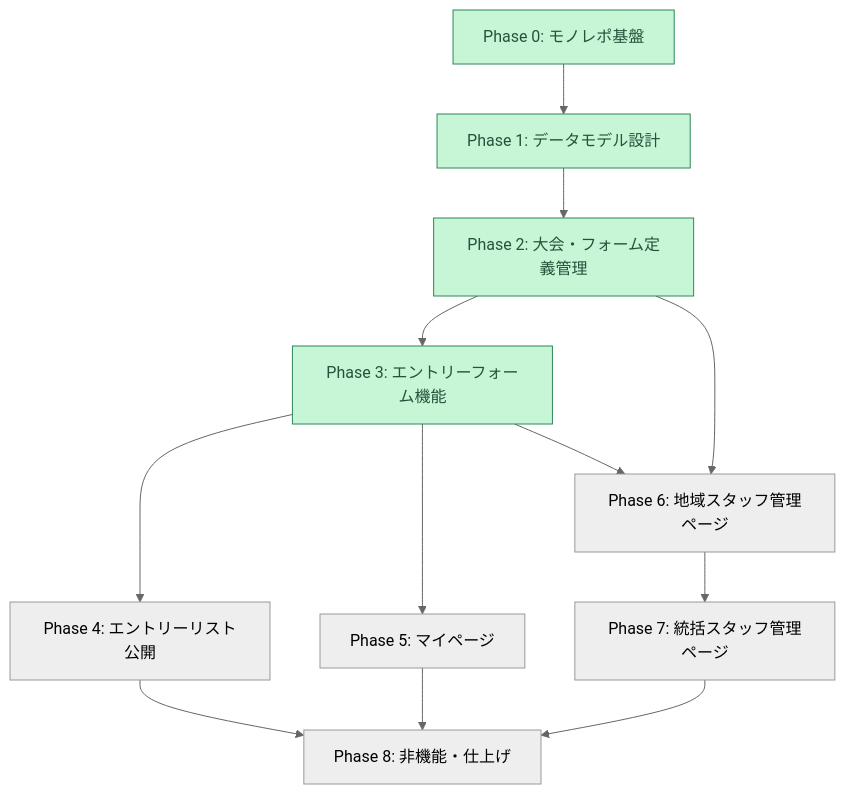
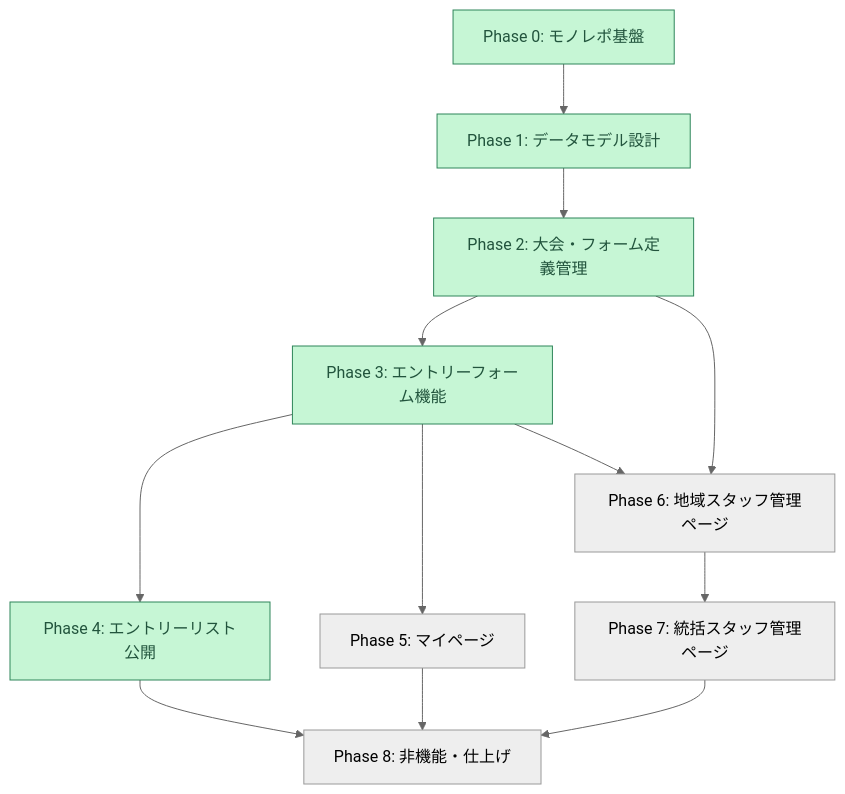
Before and after one commit to m-uesaka/regional-quiz-entry-form: the first of 8 diagrams in tasks.md, drawn with Mermaid (neutral theme). The commit also changed other lines of this file, not shown here.

First line of the commit message:
docs: mark Phase 4 (public entry-list) tasks as complete in tasks.md

````diff
--- a/tasks.md
+++ b/tasks.md
@@ -68,17 +68,17 @@
 ```mermaid
 graph TD
   P0["Phase 0: モノレポ基盤"]:::done --> P1["Phase 1: データモデル設計"]:::done
   P1 --> P2["Phase 2: 大会・フォーム定義管理"]:::done
   P2 --> P3["Phase 3: エントリーフォーム機能"]:::done
-  P3 --> P4["Phase 4: エントリーリスト公開"]
+  P3 --> P4["Phase 4: エントリーリスト公開"]:::done
   P3 --> P5["Phase 5: マイページ"]
   P2 --> P6["Phase 6: 地域スタッフ管理ページ"]
   P3 --> P6
   P6 --> P7["Phase 7: 統括スタッフ管理ページ"]
   P4 --> P8["Phase 8: 非機能・仕上げ"]
   P5 --> P8
   P7 --> P8
 
   classDef done fill:#c6f6d5,stroke:#2f855a,color:#22543d;
   classDef next fill:#fef3c7,stroke:#d97706,color:#78350f;
 ```
````
